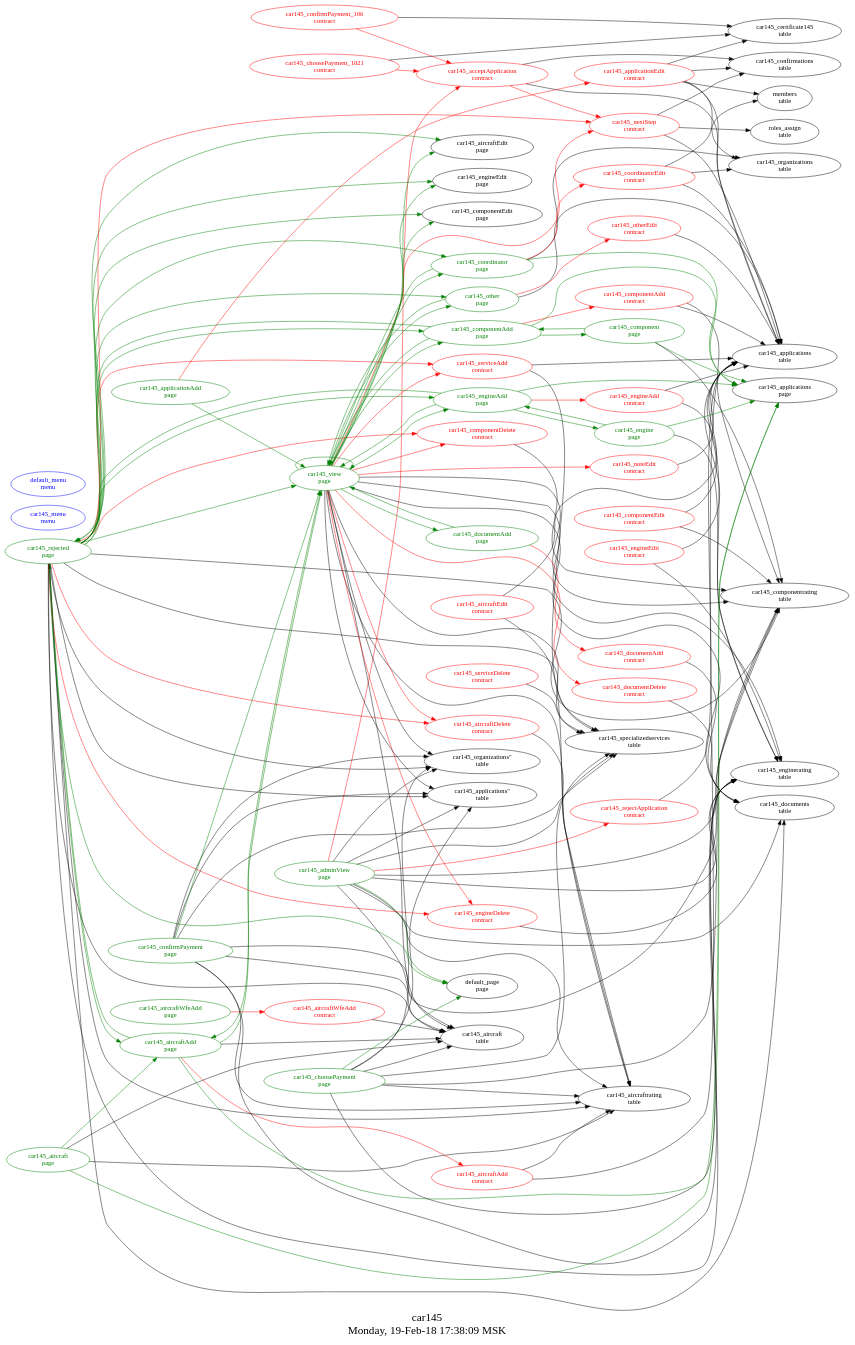
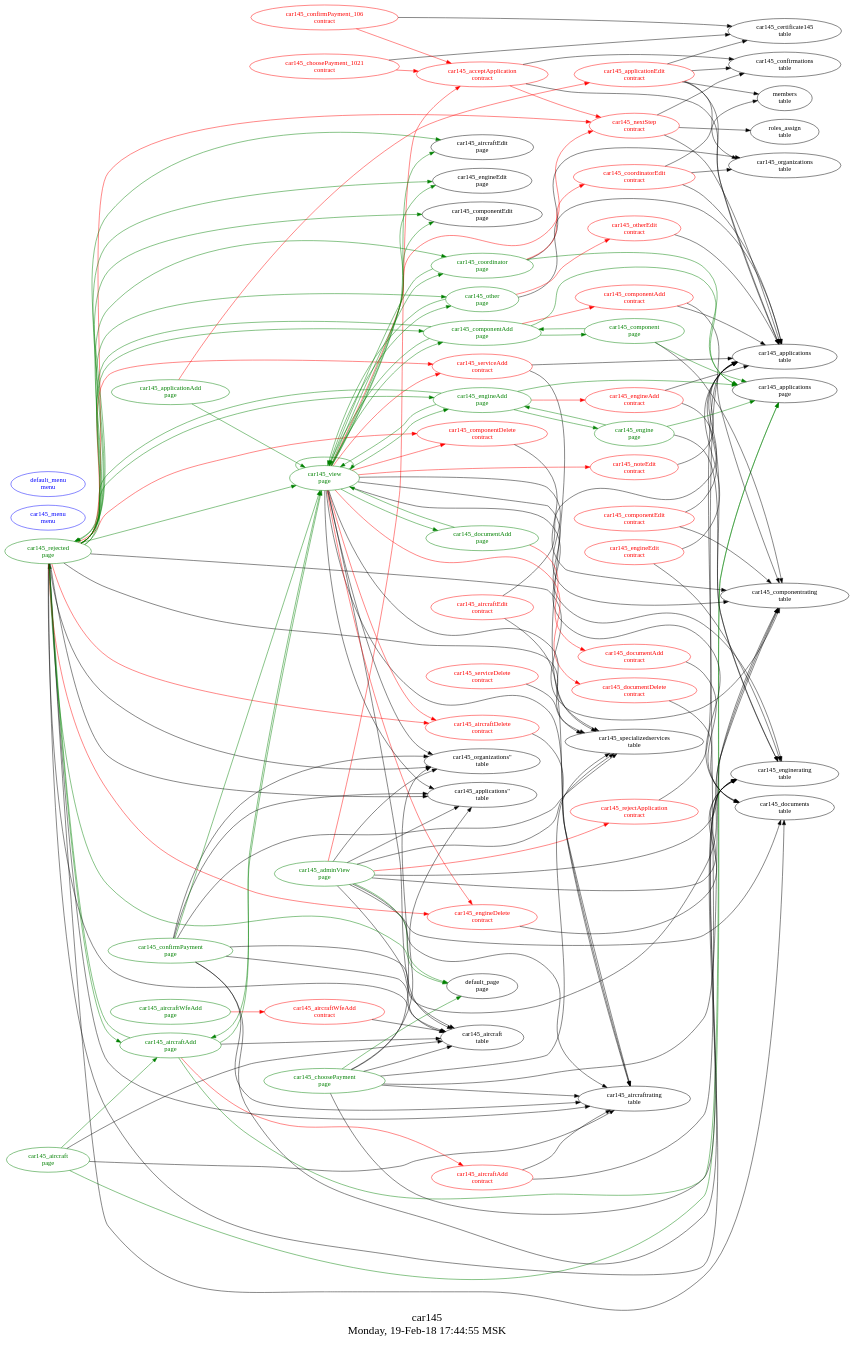
One commit to AplaProject/apps changed the diagram in src/car145/struct.dot. Above: the diagram before and after it, drawn with Graphviz.

```diff
--- a/src/car145/struct.dot
+++ b/src/car145/struct.dot
@@ -1,6 +1,6 @@
 digraph G {
 fontsize="24.0";
-label="car145\nMonday, 19-Feb-18 17:38:09 MSK";
+label="car145\nMonday, 19-Feb-18 17:44:55 MSK";
 rankdir=LR;
 "car145_acceptApplication\ncontract" -> "car145_nextStep\ncontract"  [ color=red ]
 "car145_acceptApplication\ncontract" -> "car145_confirmations\ntable"  [ color="" ]
```
